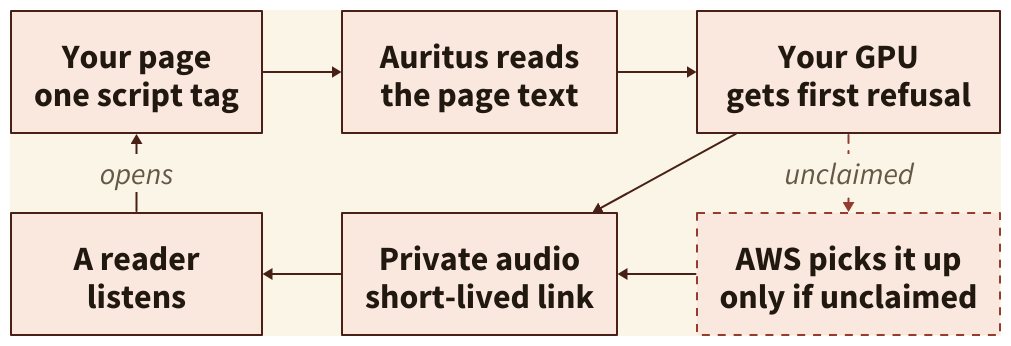
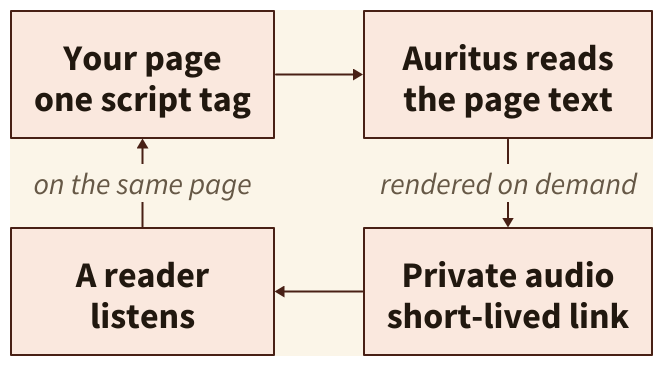
One commit to AnthusAI/Auritus changed the diagram in docs/diagrams/overview.d2. Above: the diagram before and after it, drawn with D2. The commit also changed 4 other files, not shown here.

First line of the commit message:
fix(site): stop the landing page telling the same story twice

```diff
--- a/docs/diagrams/overview.d2
+++ b/docs/diagrams/overview.d2
@@ -1,93 +1,80 @@
 direction: right
 
 vars: {
   d2-config: {
     pad: 32
     theme-overrides: {
       N1: "#21180f"
       N2: "#665846"
       N3: "#9a8668"
       N4: "#cdbfa8"
       N5: "#e6dcc9"
       N6: "#f5eedf"
       N7: "#fbf5e8"
       B1: "#482015"
       B2: "#943c2e"
       B3: "#b8614e"
       B4: "#d99a80"
       B5: "#efcbbb"
       B6: "#fae8de"
       AA2: "#6e4f2b"
       AA4: "#b88e4c"
       AA5: "#e5c88f"
       AB4: "#b87925"
       AB5: "#f2d8a4"
     }
     dark-theme-overrides: {
       N1: "#f3e6cf"
       N2: "#cfbea4"
       N3: "#a99273"
       N4: "#705c44"
       N5: "#4a3928"
       N6: "#382b21"
       N7: "#2d231b"
       B1: "#f3d3c1"
       B2: "#e19a78"
       B3: "#bd7258"
       B4: "#704132"
       B5: "#482c22"
       B6: "#301e18"
       AA2: "#d7b57a"
       AA4: "#926e39"
       AA5: "#4f3920"
       AB4: "#efb85d"
       AB5: "#5c401f"
     }
   }
 }
 
-# d2 fills a grid column-major, so declaration order is:
-# column 1 top, column 1 bottom, column 2 top, column 2 bottom, ...
-grid-columns: 3
-grid-gap: 80
+# The journey only. Who renders the audio -- your GPU or AWS Batch -- is the
+# subject of the fallback diagram, and repeating it here made the landing page
+# show the same story twice.
+grid-columns: 2
+grid-gap: 90
 
 page: {
   label: "Your page\none script tag"
-  style.font-size: 34
+  style.font-size: 36
 }
 
 reader: {
   label: "A reader\nlistens"
-  style.font-size: 34
+  style.font-size: 36
 }
 
 auritus: {
   label: "Auritus reads\nthe page text"
-  style.font-size: 34
+  style.font-size: 36
   style.bold: true
 }
 
 audio: {
   label: "Private audio\nshort-lived link"
-  style.font-size: 34
+  style.font-size: 36
   style.bold: true
 }
 
-yours: {
-  label: "Your GPU\ngets first refusal"
-  style.font-size: 34
-}
-
-cloud: {
-  label: "AWS picks it up\nonly if unclaimed"
-  style.font-size: 34
-  style.stroke-dash: 4
-}
-
-reader -> page: "opens" {style.font-size: 30}
 page -> auritus
-auritus -> yours
-yours -> cloud: "unclaimed" {style.font-size: 30; style.stroke-dash: 4}
-yours -> audio
-cloud -> audio
+auritus -> audio: "rendered on demand" {style.font-size: 30}
 audio -> reader {style.bold: true}
+reader -> page: "on the same page" {style.font-size: 30}
```
